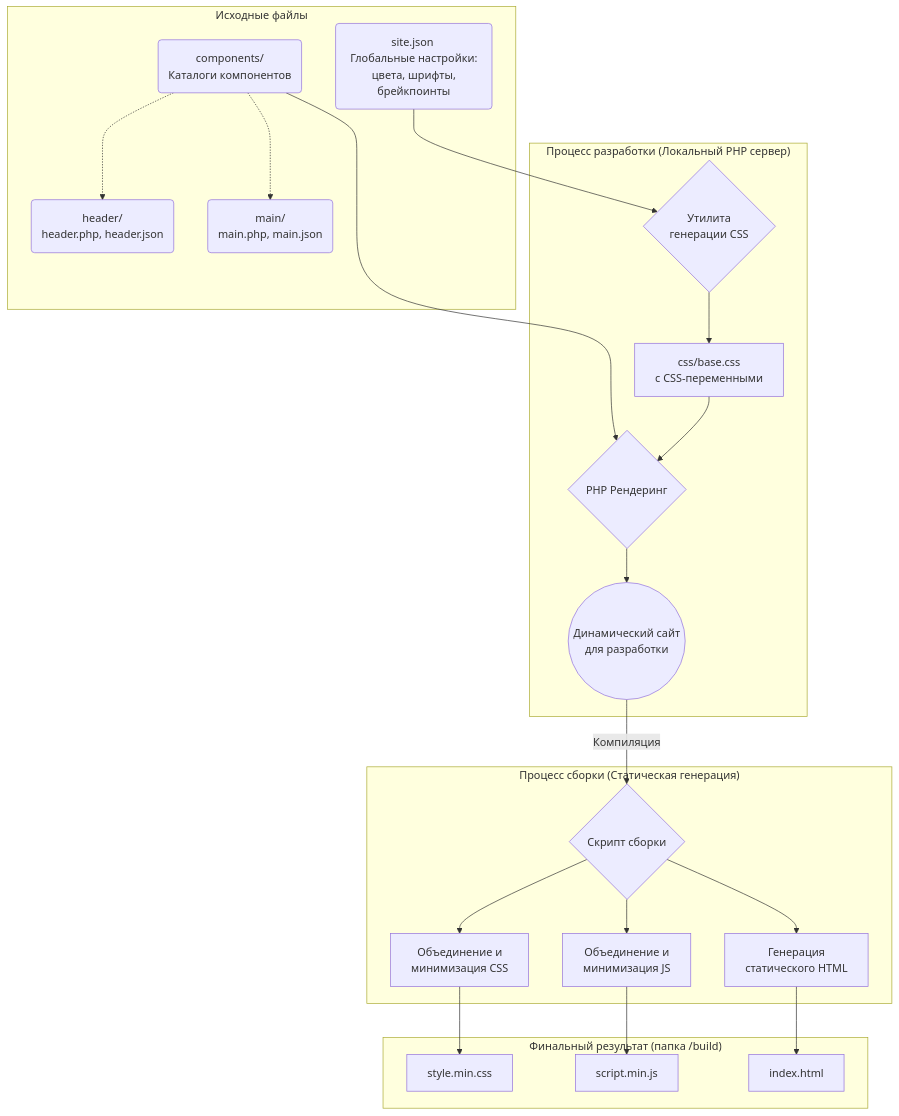
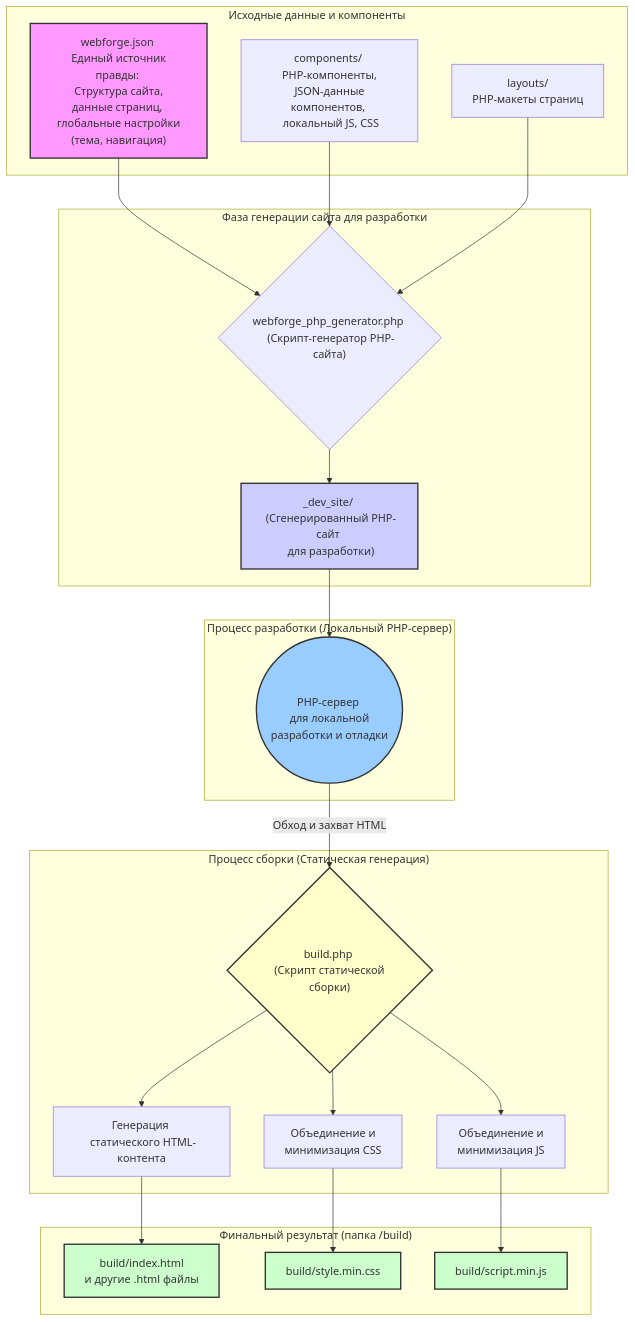
The diagram in schema.mermaid (AlexanderKuzikov/WebForge), drawn with Mermaid before and after one commit.

```diff
--- a/schema.mermaid
+++ b/schema.mermaid
@@ -1,32 +1,38 @@
 graph TD
-    subgraph "Исходные файлы"
-        A1(site.json <br> Глобальные настройки: <br> цвета, шрифты, брейкпоинты)
-        B1(components/ <br> Каталоги компонентов)
-        C1(header/ <br> header.php, header.json)
-        D1(main/ <br> main.php, main.json)
+    subgraph "Исходные данные и компоненты"
+        A["webforge.json <br> Единый источник правды: <br> Структура сайта, данные страниц, <br> глобальные настройки (тема, навигация)"]
+        B["components/ <br> PHP-компоненты, <br> JSON-данные компонентов, <br> локальный JS, CSS"]
+        C["layouts/ <br> PHP-макеты страниц"]
     end
 
-    subgraph "Процесс разработки (Локальный PHP сервер)"
-        A1 --> E{Утилита <br> генерации CSS}
-        E --> F[css/base.css <br> с CSS-переменными]
-        B1 --> G{PHP Рендеринг}
-        F --> G
-        G --> H((Динамический сайт <br> для разработки))
+    subgraph "Фаза генерации сайта для разработки"
+        A --> D{"webforge_php_generator.php <br> (Скрипт-генератор PHP-сайта)"}
+        B --> D
+        C --> D
+        D --> E["_dev_site/ <br> (Сгенерированный PHP-сайт <br> для разработки)"]
+    end
+
+    subgraph "Процесс разработки (Локальный PHP-сервер)"
+        E --> F(("<br>PHP-сервер <br> для локальной разработки и отладки<br>"))
     end
 
     subgraph "Процесс сборки (Статическая генерация)"
-        I{Скрипт сборки}
-        H -- Компиляция --> I
-        I --> J[Объединение и <br> минимизация CSS]
-        I --> K[Объединение и <br> минимизация JS]
-        I --> L[Генерация <br> статического HTML]
+        F -- "Обход и захват HTML" --> G{"build.php <br> (Скрипт статической сборки)"}
+        G --> H["Генерация <br> статического HTML-контента"]
+        G --> I["Объединение и <br> минимизация CSS"]
+        G --> J["Объединение и <br> минимизация JS"]
     end
 
     subgraph "Финальный результат (папка /build)"
-        J --> M[style.min.css]
-        K --> N[script.min.js]
-        L --> O[index.html]
+        H --> K["build/index.html <br> и другие .html файлы"]
+        I --> L["build/style.min.css"]
+        J --> M["build/script.min.js"]
     end
 
-    B1 -.-> C1
-    B1 -.-> D1
+    style A fill:#f9f,stroke:#333,stroke-width:2px
+    style E fill:#ccf,stroke:#333,stroke-width:2px
+    style F fill:#9cf,stroke:#333,stroke-width:2px
+    style G fill:#ffc,stroke:#333,stroke-width:2px
+    style K fill:#cfc,stroke:#333,stroke-width:2px
+    style L fill:#cfc,stroke:#333,stroke-width:2px
+    style M fill:#cfc,stroke:#333,stroke-width:2px
```
